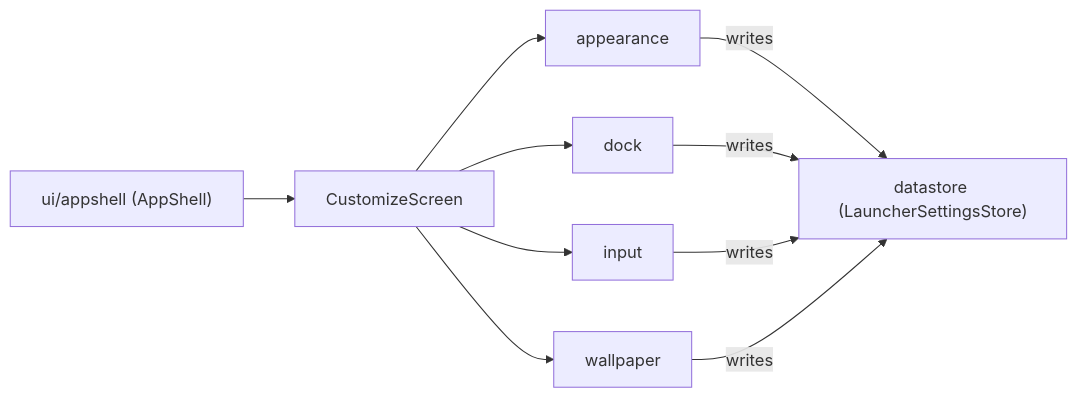
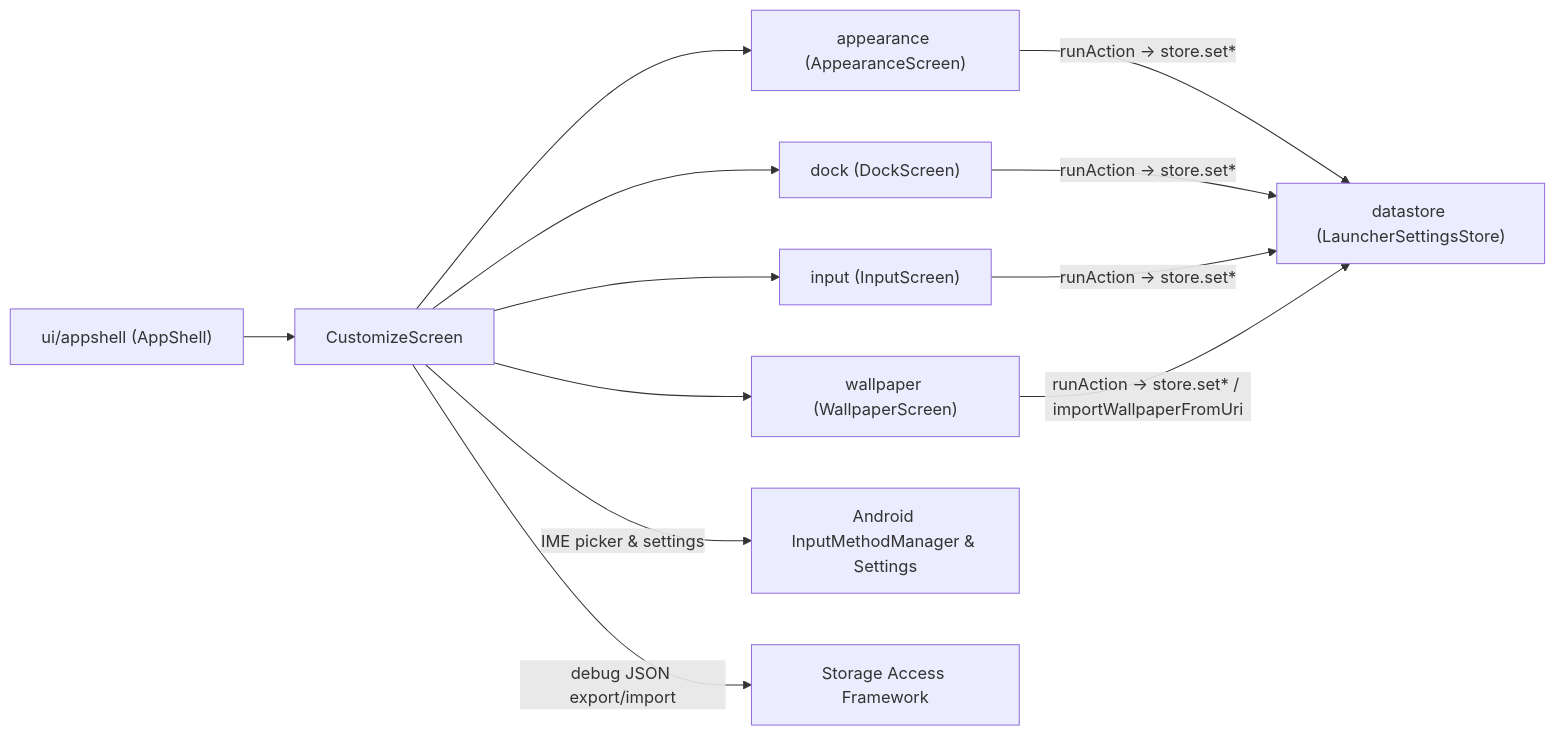
One commit to tyejaedon/Cover-Screen-OS changed the diagram in app/src/main/java/com/tyejaedon/coverscreenos/ui/customize/README.md. Above: the diagram before and after it, drawn with Mermaid. The commit also changed other lines of this file and 157 other files, not shown here.

````diff
--- a/app/src/main/java/com/tyejaedon/coverscreenos/ui/customize/README.md
+++ b/app/src/main/java/com/tyejaedon/coverscreenos/ui/customize/README.md
@@ -17,12 +61,14 @@
 ```mermaid
 flowchart LR
     Shell["ui/appshell (AppShell)"] --> Hub["CustomizeScreen"]
-    Hub --> Appearance["appearance"]
-    Hub --> Dock["dock"]
-    Hub --> Input["input"]
-    Hub --> Wallpaper["wallpaper"]
-    Appearance -->|"writes"| Store["datastore (LauncherSettingsStore)"]
-    Dock -->|"writes"| Store
-    Input -->|"writes"| Store
-    Wallpaper -->|"writes"| Store
+    Hub --> Appearance["appearance (AppearanceScreen)"]
+    Hub --> Dock["dock (DockScreen)"]
+    Hub --> Input["input (InputScreen)"]
+    Hub --> Wallpaper["wallpaper (WallpaperScreen)"]
+    Hub -->|"IME picker & settings"| AndroidIME["Android InputMethodManager & Settings"]
+    Hub -->|"debug JSON export/import"| SAF["Storage Access Framework"]
+    Appearance -->|"runAction -> store.set*"| Store["datastore (LauncherSettingsStore)"]
+    Dock -->|"runAction -> store.set*"| Store
+    Input -->|"runAction -> store.set*"| Store
+    Wallpaper -->|"runAction -> store.set* / importWallpaperFromUri"| Store
 ```
````
